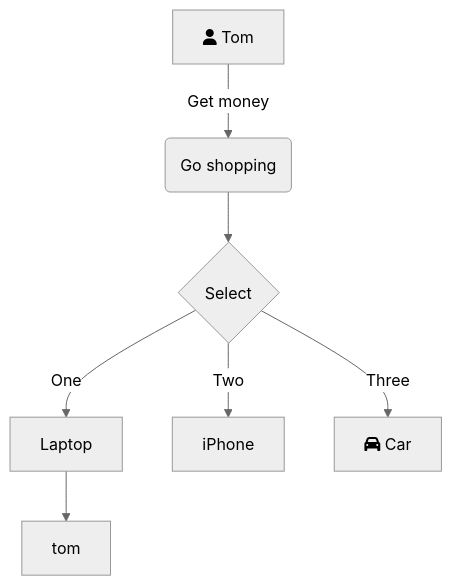
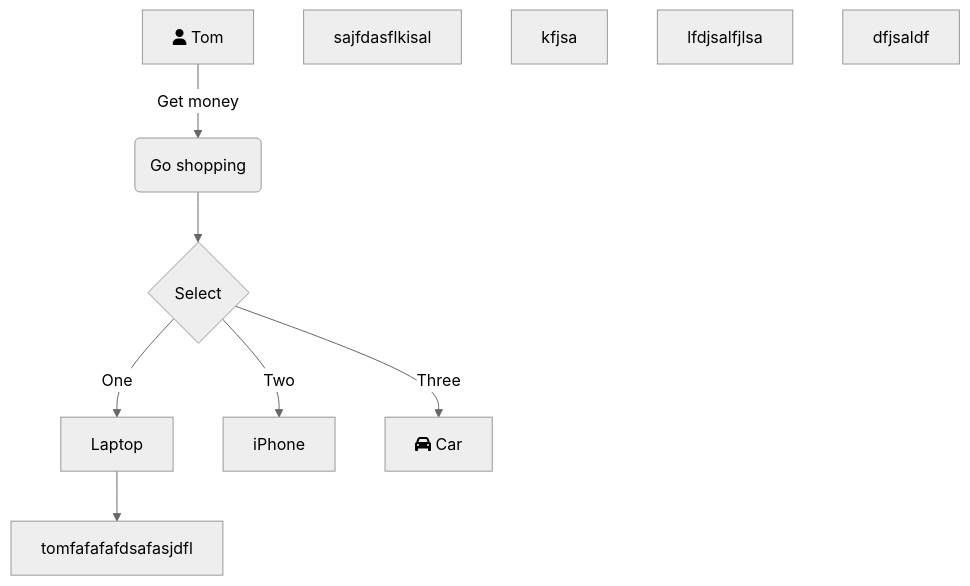
The diagram in all/未命名.md (hanfeng21050/iodraw-files), drawn with Mermaid (neutral theme) before and after one commit.

Commit message:
2024-07-23 11:07:51 update

````diff
--- a/all/未命名.md
+++ b/all/未命名.md
@@ -1,10 +1,10 @@
 ```mermaid
 graph TD
     A[fa:fa-user Tom] -->|Get money| B(Go shopping)
     B --> C{Select}
     C -->|One| D[Laptop]
     C -->|Two| E[iPhone]
     C -->|Three| F[fa:fa-car Car]
-    D --> tom
+    D --> tomfafafafdsafasjdfl;sajfdasflkisal;kfjsa;lfdjsalfjlsa;dfjsaldf
   
 ```
````
